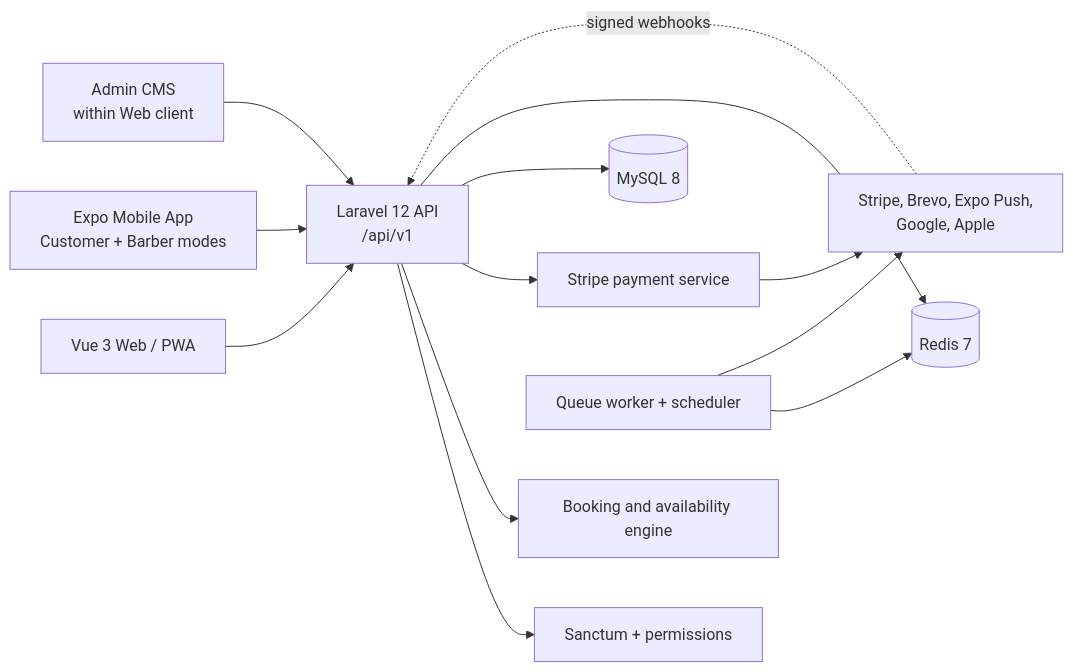
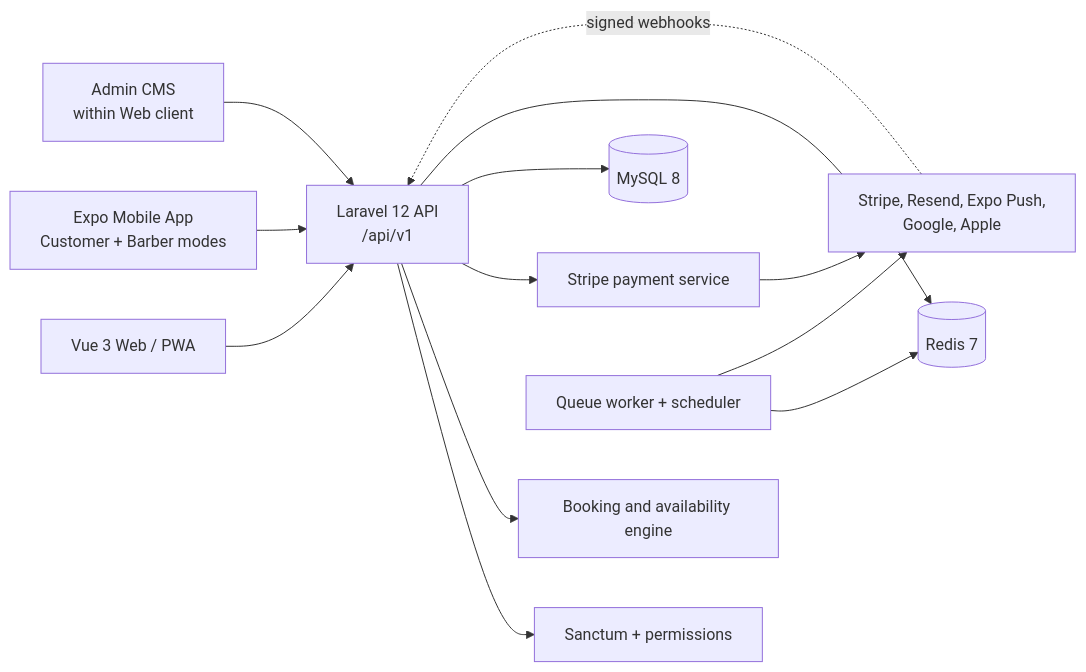
The diagram in README.md (Jay-kod/candycutz), drawn with Mermaid before and after one commit. The commit also changed other lines of this file and 5087 other files, not shown here.

First line of the commit message:
feat: ship resend mail, consent flow, security hardening, and feature updates

````diff
--- a/README.md
+++ b/README.md
@@ -20,27 +20,27 @@
 ```mermaid
 flowchart LR
     Web[Vue 3 Web / PWA]
     Mobile[Expo Mobile App\nCustomer + Barber modes]
     CMS[Admin CMS\nwithin Web client]
     API[Laravel 12 API\n/api/v1]
     Auth[Sanctum + permissions]
     Booking[Booking and availability engine]
     Payment[Stripe payment service]
     DB[(MySQL 8)]
     Redis[(Redis 7)]
     Worker[Queue worker + scheduler]
-    External[Stripe, Brevo, Expo Push,\nGoogle, Apple]
+    External[Stripe, Resend, Expo Push,\nGoogle, Apple]
 
     Web --> API
     Mobile --> API
     CMS --> API
     API --> Auth
     API --> Booking
     API --> Payment
     API --> DB
     API --> Redis
     Worker --> Redis
     Worker --> External
     Payment --> External
     External -. signed webhooks .-> API
 ```
````
